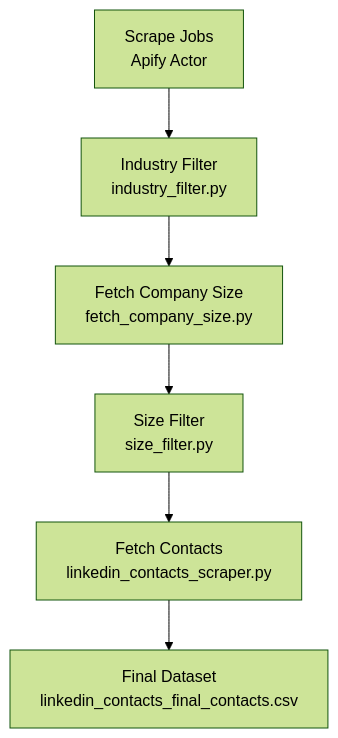
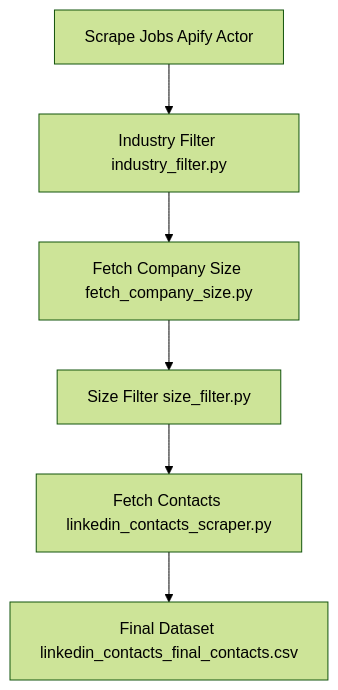
One commit to nirajnale/linkedin-leadgen-pipeline changed the diagram in README.md. Above: the diagram before and after it, drawn with Mermaid (forest theme).

````diff
--- a/README.md
+++ b/README.md
@@ -50,8 +50,8 @@
 ``` mermaid
 flowchart TD
-    A[Scrape Jobs\nApify Actor] --> B[Industry Filter\nindustry_filter.py]
-    B --> C[Fetch Company Size\nfetch_company_size.py]
-    C --> D[Size Filter\nsize_filter.py]
-    D --> E[Fetch Contacts\nlinkedin_contacts_scraper.py]
-    E --> F[Final Dataset\nlinkedin_contacts_final_contacts.csv]
+    A[Scrape Jobs Apify Actor] --> B[Industry Filter industry_filter.py]
+    B --> C[Fetch Company Size fetch_company_size.py]
+    C --> D[Size Filter size_filter.py]
+    D --> E[Fetch Contacts linkedin_contacts_scraper.py]
+    E --> F[Final Dataset linkedin_contacts_final_contacts.csv]
 ```
````
